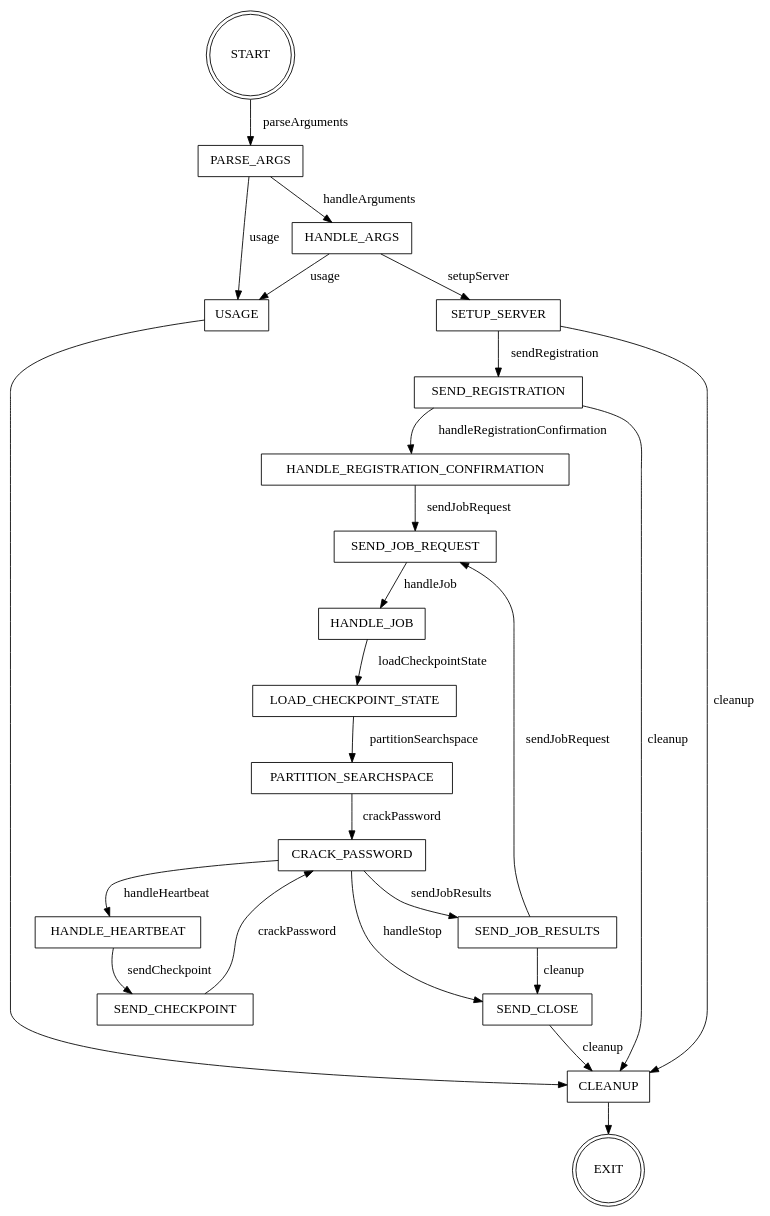
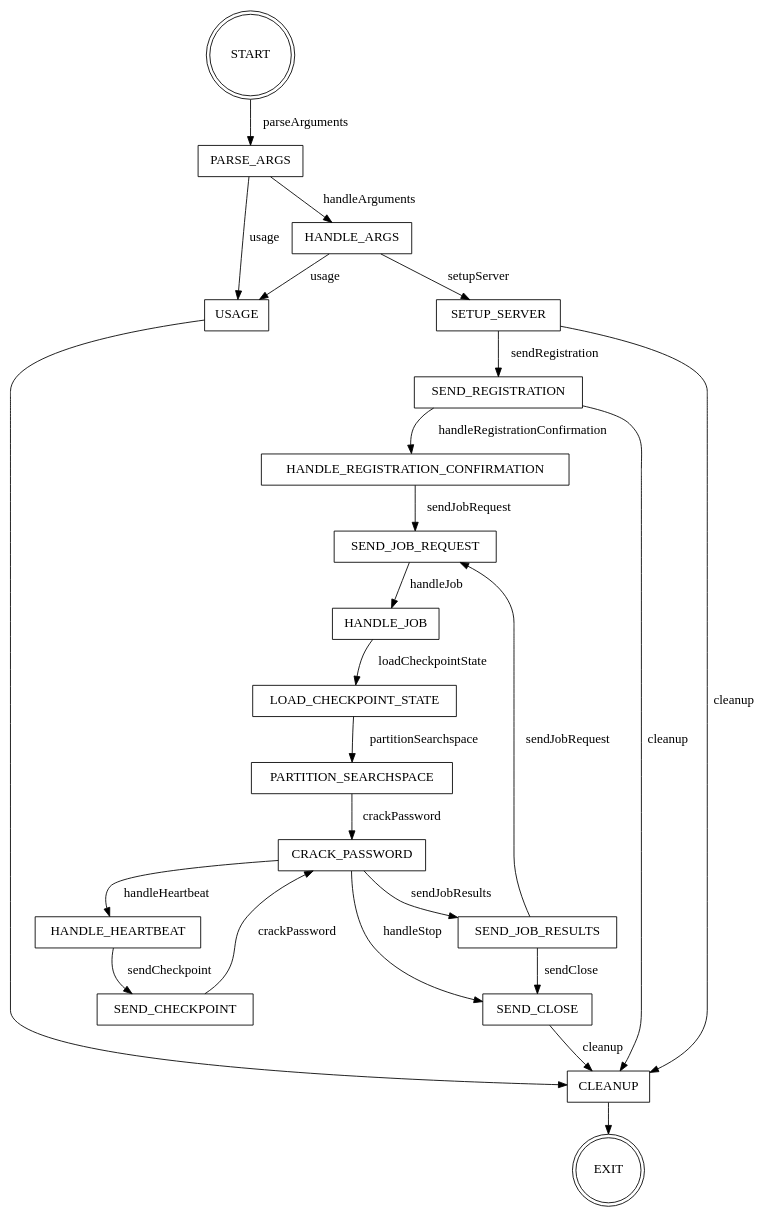
One commit to A1exander-liU/comp-8005-assign-4 changed the diagram in worker.gv. Above: the diagram before and after it, drawn with Graphviz.

Commit message:
docs(worker): fix wrong function name

```diff
--- a/worker.gv
+++ b/worker.gv
@@ -1,64 +1,64 @@
 digraph Worker {
   node [shape = rectangle; fontsize = 15;];
   edge [fontsize = 15;];
   
   // States
   START [shape = "doublecircle";];
   PARSE_ARGS;
   HANDLE_ARGS;
   USAGE;
   SETUP_SERVER;
   SEND_REGISTRATION;
   HANDLE_REGISTRATION_CONFIRMATION;
   SEND_JOB_REQUEST;
   LOAD_CHECKPOINT_STATE;
   HANDLE_JOB;
   PARTITION_SEARCHSPACE;
   HANDLE_HEARTBEAT;
   SEND_CHECKPOINT;
   CRACK_PASSWORD;
   SEND_JOB_RESULTS;
   SEND_CLOSE:
   CLEANUP;
   EXIT [shape = "doublecircle";];
   
   // Transitions
   START -> PARSE_ARGS [label = "parseArguments";];
   
   PARSE_ARGS -> HANDLE_ARGS [label = "handleArguments";];
   PARSE_ARGS -> USAGE [label = "usage";];
   
   HANDLE_ARGS -> SETUP_SERVER [label = "setupServer";];
   HANDLE_ARGS -> USAGE [label = "usage";];
   
   SETUP_SERVER -> SEND_REGISTRATION [label = "sendRegistration";];
   SETUP_SERVER -> CLEANUP [label = "cleanup";];
   
   SEND_REGISTRATION -> HANDLE_REGISTRATION_CONFIRMATION [label = "handleRegistrationConfirmation";];
   SEND_REGISTRATION -> CLEANUP [label = "cleanup";];
   
   HANDLE_REGISTRATION_CONFIRMATION -> SEND_JOB_REQUEST [label = "sendJobRequest";];
   
   SEND_JOB_REQUEST -> HANDLE_JOB [label = "handleJob";];
   
   HANDLE_JOB -> LOAD_CHECKPOINT_STATE [label = "loadCheckpointState";];
   
   LOAD_CHECKPOINT_STATE -> PARTITION_SEARCHSPACE [label = "partitionSearchspace";];
   
   PARTITION_SEARCHSPACE -> CRACK_PASSWORD [label = "crackPassword";];
   
   CRACK_PASSWORD -> HANDLE_HEARTBEAT [label = "handleHeartbeat";];
   HANDLE_HEARTBEAT -> SEND_CHECKPOINT [label = "sendCheckpoint";];
   SEND_CHECKPOINT -> CRACK_PASSWORD [label = "crackPassword";];
   
   CRACK_PASSWORD -> SEND_JOB_RESULTS [label = "sendJobResults";];
   
   CRACK_PASSWORD -> SEND_CLOSE [label = "handleStop";];
   
   SEND_JOB_RESULTS -> SEND_JOB_REQUEST [label = "sendJobRequest";];
-  SEND_JOB_RESULTS -> SEND_CLOSE [label = "cleanup";];
+  SEND_JOB_RESULTS -> SEND_CLOSE [label = "sendClose";];
   
   SEND_CLOSE -> CLEANUP [label = "cleanup";];
   USAGE -> CLEANUP;
   CLEANUP -> EXIT;
 }
```
